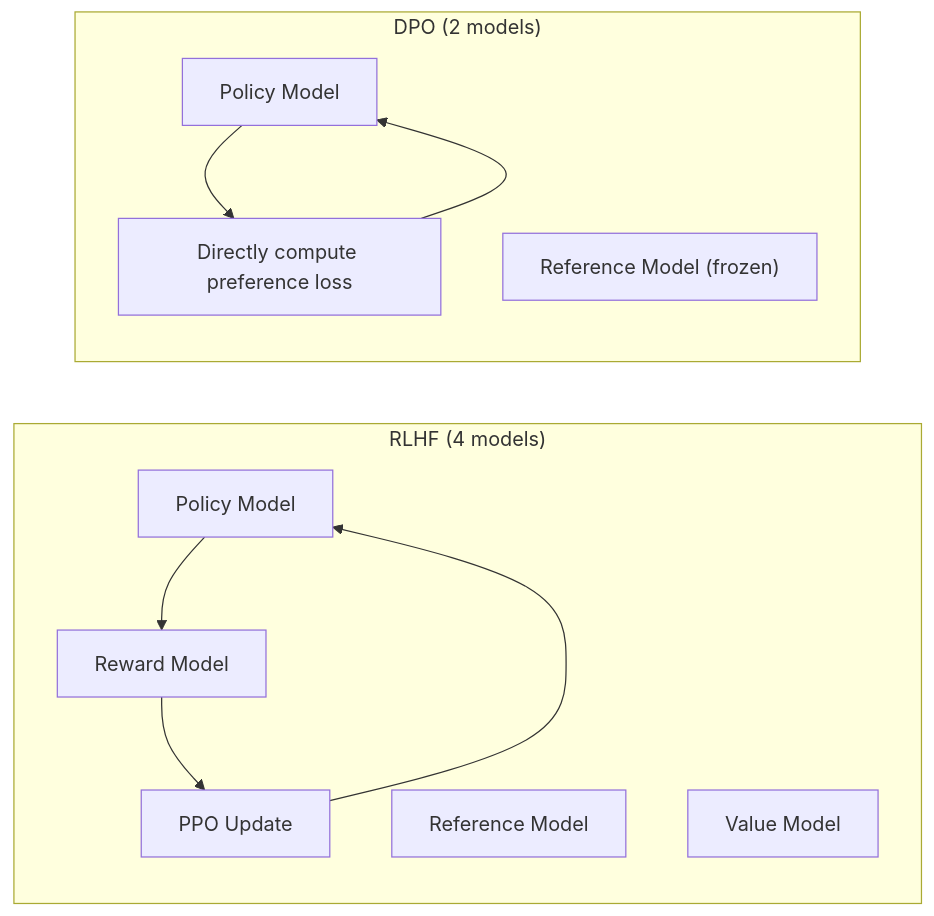
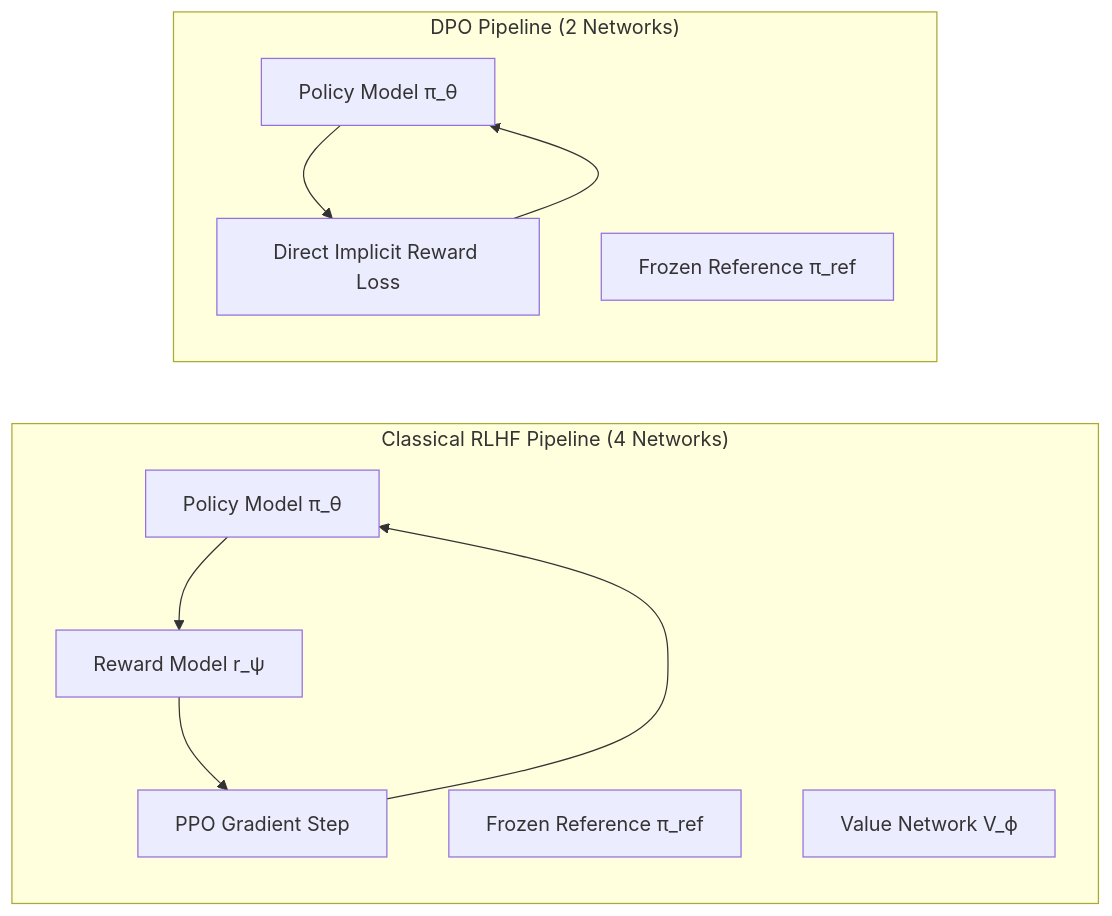
Before and after one commit to yingwang/thinking-in-llm: the second of 7 diagrams in en/chapters/04-alignment.md, drawn with Mermaid. The commit also changed other lines of this file and 31 other files, not shown here.

````diff
--- a/en/chapters/04-alignment.md
+++ b/en/chapters/04-alignment.md
@@ -306,16 +298,16 @@
 ```mermaid
 graph LR
-    subgraph "RLHF (4 models)"
-        A1["Policy Model"] --> A2["Reward Model"]
-        A2 --> A3["PPO Update"]
+    subgraph "Classical RLHF Pipeline (4 Networks)"
+        A1["Policy Model π_θ"] --> A2["Reward Model r_ψ"]
+        A2 --> A3["PPO Gradient Step"]
         A3 --> A1
-        A4["Reference Model"]
-        A5["Value Model"]
+        A4["Frozen Reference π_ref"]
+        A5["Value Network V_ϕ"]
     end
 
-    subgraph "DPO (2 models)"
-        B1["Policy Model"] --> B2["Directly compute preference loss"]
+    subgraph "DPO Pipeline (2 Networks)"
+        B1["Policy Model π_θ"] --> B2["Direct Implicit Reward Loss"]
         B2 --> B1
-        B3["Reference Model (frozen)"]
+        B3["Frozen Reference π_ref"]
     end
 ```
````
